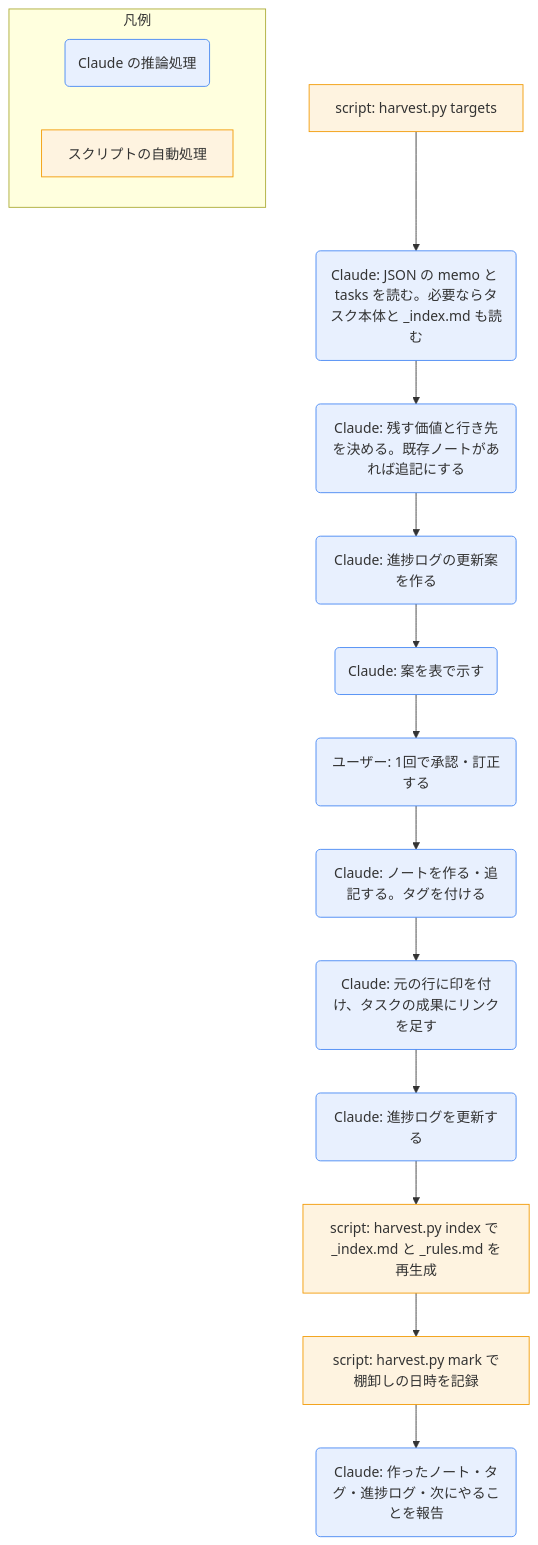
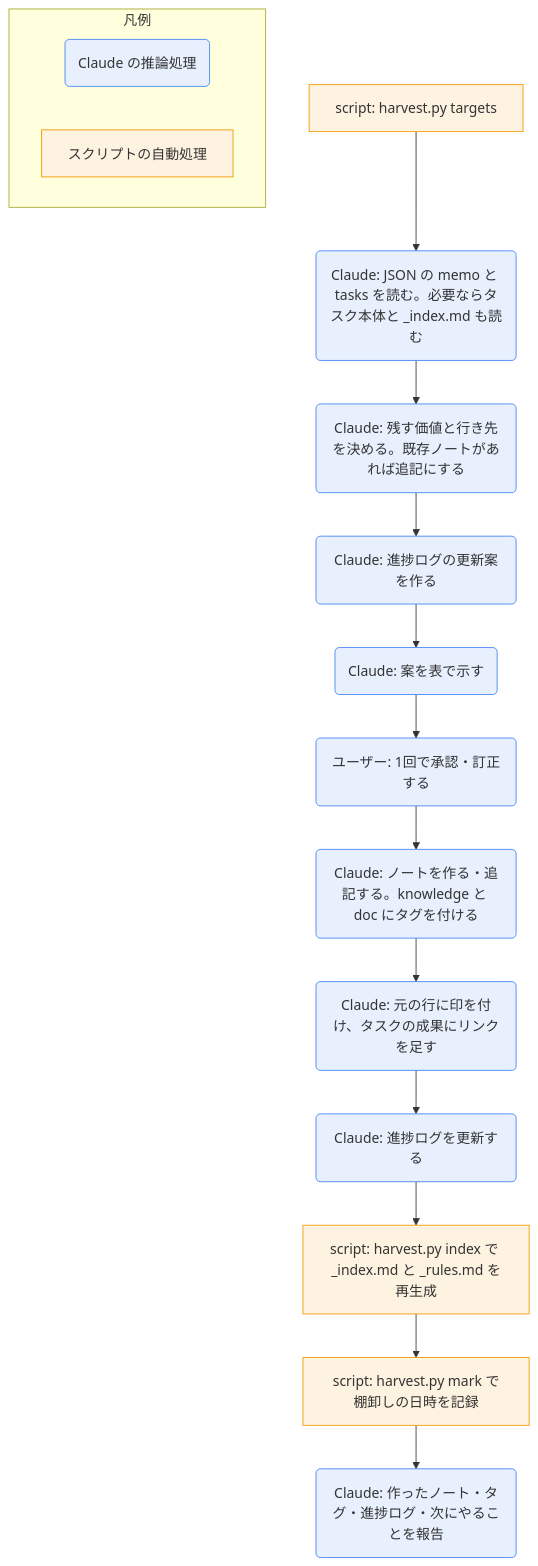
Before and after one commit to asama0101/obsidian-claude: the diagram in 90_system/skill-docs/knowledge-harvest.md, drawn with Mermaid. The commit also changed other lines of this file and 63 other files, not shown here.

````diff
--- a/90_system/skill-docs/knowledge-harvest.md
+++ b/90_system/skill-docs/knowledge-harvest.md
@@ -44,22 +44,22 @@
 ```mermaid
 flowchart TD
   A[script: harvest.py targets] --> B(Claude: JSON の memo と tasks を読む。必要ならタスク本体と _index.md も読む)
   B --> C(Claude: 残す価値と行き先を決める。既存ノートがあれば追記にする)
   C --> D(Claude: 進捗ログの更新案を作る)
   D --> E(Claude: 案を表で示す)
   E --> F(ユーザー: 1回で承認・訂正する)
-  F --> G(Claude: ノートを作る・追記する。タグを付ける)
+  F --> G(Claude: ノートを作る・追記する。knowledge と doc にタグを付ける)
   G --> H(Claude: 元の行に印を付け、タスクの成果にリンクを足す)
   H --> I(Claude: 進捗ログを更新する)
   I --> J[script: harvest.py index で _index.md と _rules.md を再生成]
   J --> K[script: harvest.py mark で棚卸しの日時を記録]
   K --> L(Claude: 作ったノート・タグ・進捗ログ・次にやることを報告)
   classDef ai fill:#e8f0fe,stroke:#4285f4
   classDef sc fill:#fef3e0,stroke:#f29900
   class B,C,D,E,F,G,H,I,L ai
   class A,J,K sc
   subgraph 凡例
     L1(Claude の推論処理):::ai
     L2[スクリプトの自動処理]:::sc
   end
 ```
````
